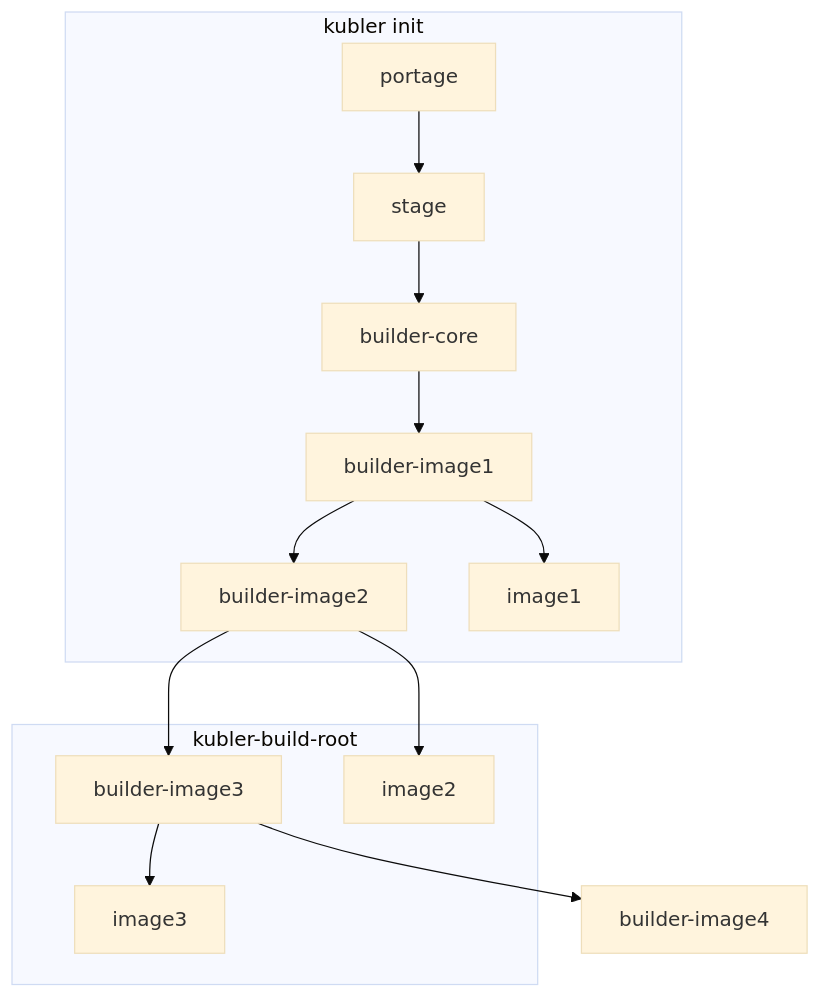
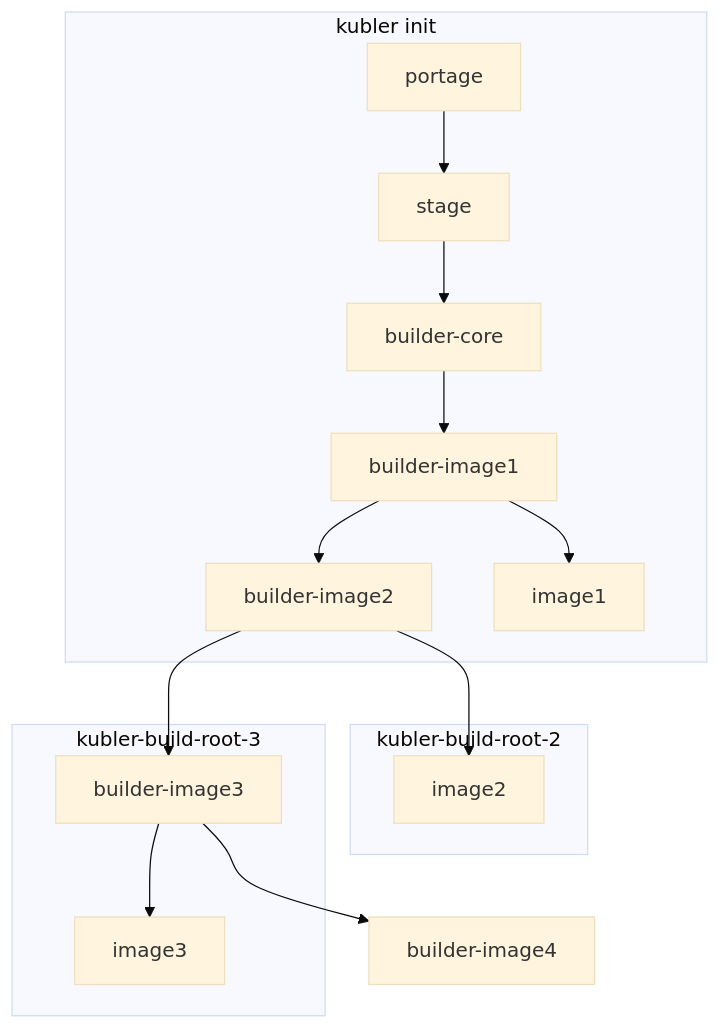
One commit to cainam/home-cluster-deployment changed the diagram in ansible/kubler.md. Above: the diagram before and after it, drawn with Mermaid (base theme).

````diff
--- a/ansible/kubler.md
+++ b/ansible/kubler.md
@@ -8,19 +8,19 @@
 ```mermaid
 flowchart TD; 
  subgraph kubler init
   portage-->stage;
   stage-->builder-core;
   builder-core-->builder-image1;
   builder-image1-->builder-image2
   builder-image1-->image1;
   end
   builder-image2-->builder-image3
-  subgraph kubler-build-root
+  subgraph kubler-build-root-2
   builder-image2-->image2
   end
   builder-image3-->builder-image4
-  subgraph kubler-build-root
+  subgraph kubler-build-root-3
   builder-image3-->image3
   end
 
 ```
````
